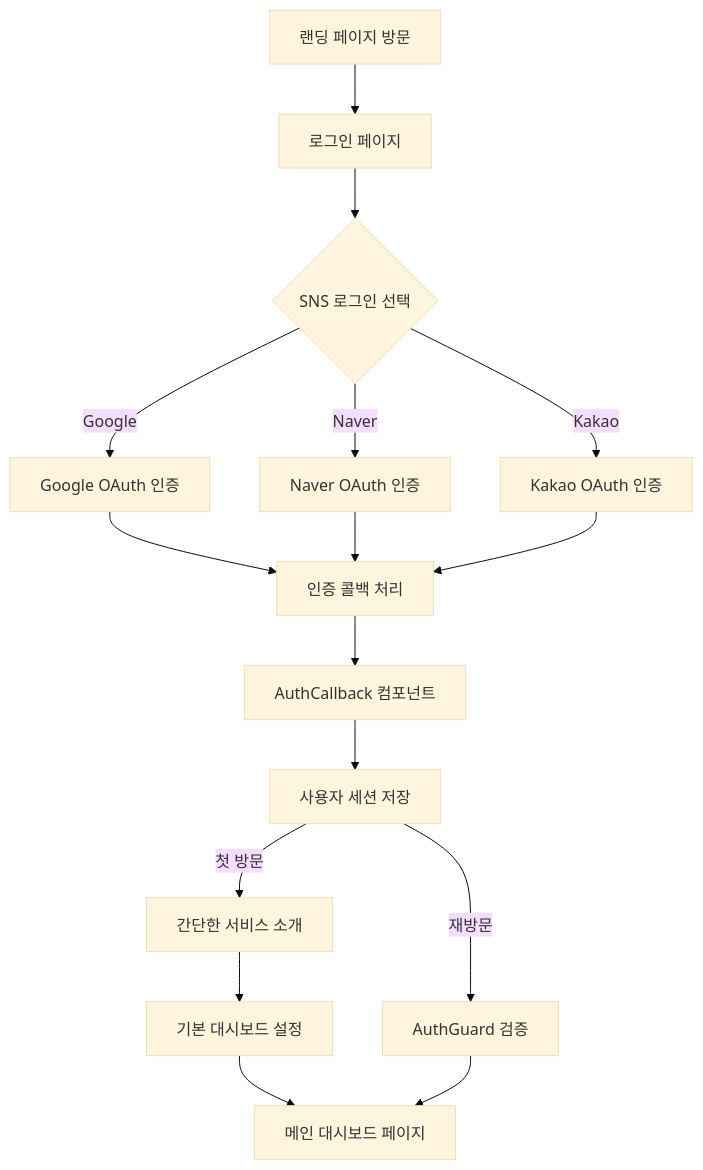
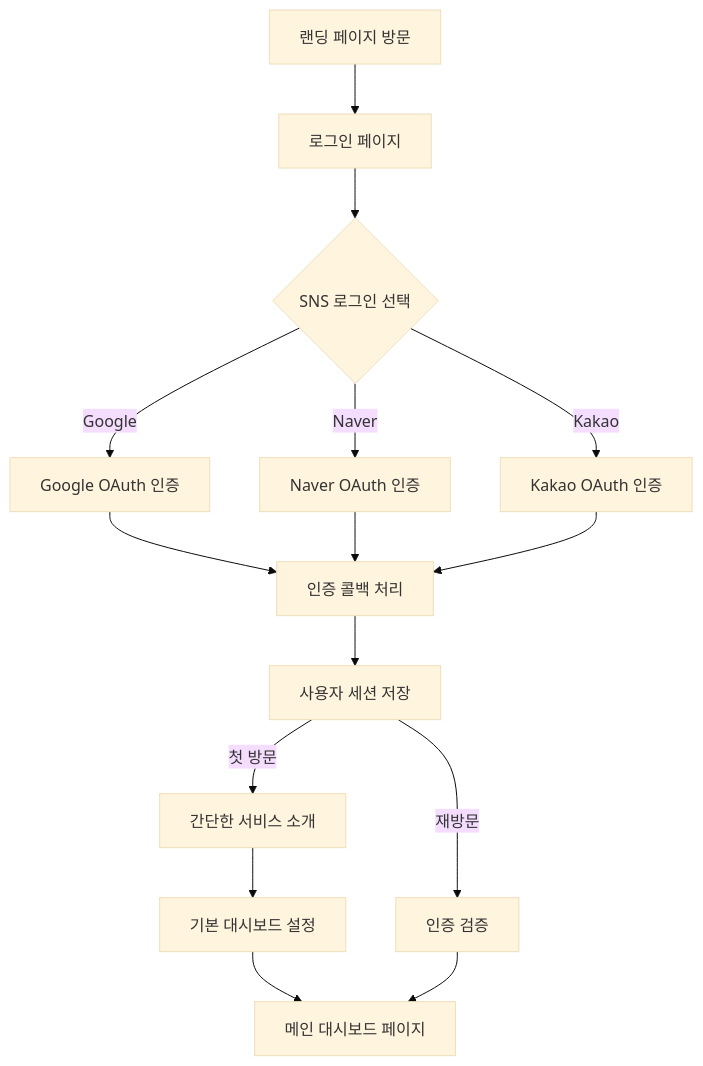
One commit to Seungwoo321/etorch-docs changed the first of 3 diagrams in product-spec.md. Above: the diagram before and after it, drawn with Mermaid (base theme). The commit also changed other lines of this file, not shown here.

````diff
--- a/product-spec.md
+++ b/product-spec.md
@@ -554,22 +156,21 @@
 ```mermaid
 flowchart TD
     A[랜딩 페이지 방문] --> B[로그인 페이지]
     B --> C{SNS 로그인 선택}
     C -->|Google| D[Google OAuth 인증]
     C -->|Naver| E[Naver OAuth 인증]
     C -->|Kakao| F[Kakao OAuth 인증]
     
     D --> G[인증 콜백 처리]
     E --> G
     F --> G
     
-    G --> H[AuthCallback 컴포넌트]
-    H --> I[사용자 세션 저장]
+    G --> I[사용자 세션 저장]
     
     I -->|첫 방문| J[간단한 서비스 소개]
-    I -->|재방문| K[AuthGuard 검증]
+    I -->|재방문| K[인증 검증]
     
     J --> L[기본 대시보드 설정]
     L --> M[메인 대시보드 페이지]
     K --> M
 ```
````
